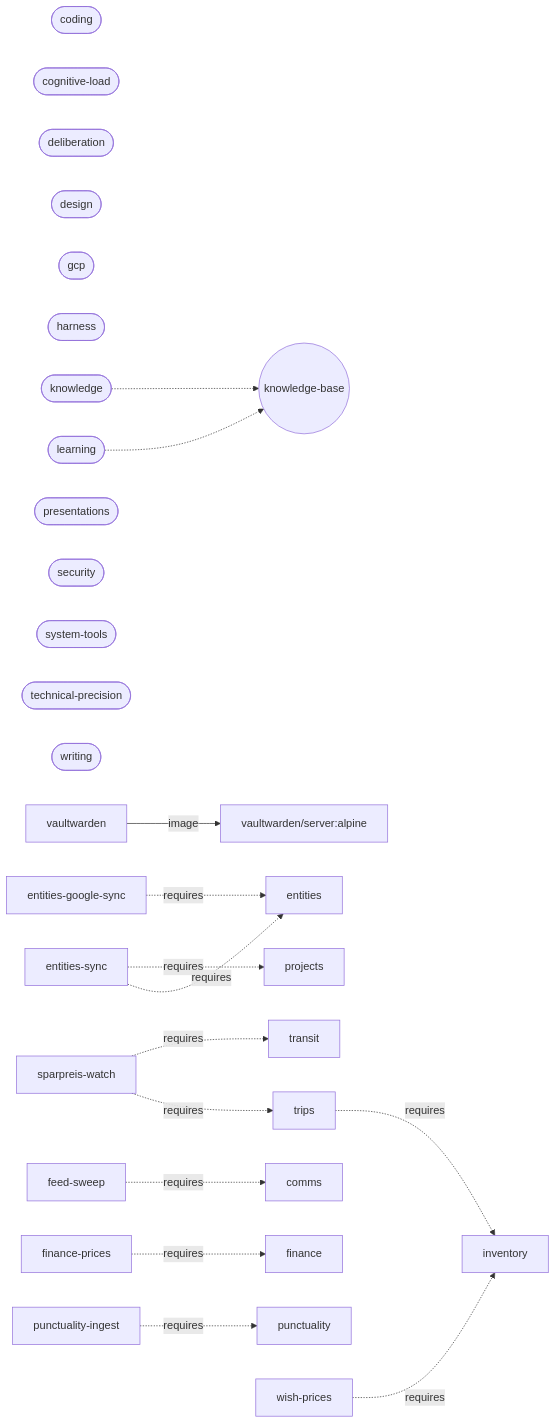
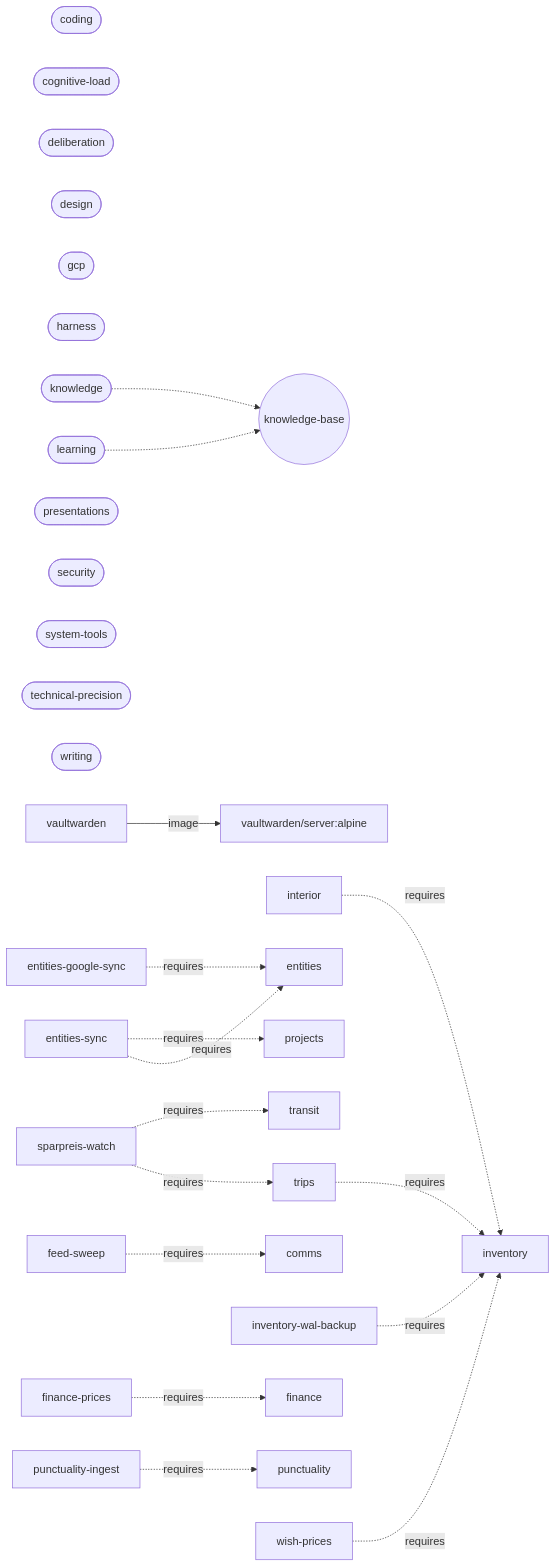
The diagram in ARCHITECTURE.md (larsboes/Sjel), drawn with Mermaid before and after one commit. The commit also changed other lines of this file and 123 other files, not shown here.

````diff
--- a/ARCHITECTURE.md
+++ b/ARCHITECTURE.md
@@ -166,29 +166,31 @@
 ```mermaid
 flowchart LR
   pack_coding(["coding"])
   pack_cognitive_load(["cognitive-load"])
   pack_deliberation(["deliberation"])
   pack_design(["design"])
   pack_gcp(["gcp"])
   pack_harness(["harness"])
   pack_knowledge(["knowledge"])
   pack_knowledge -.-> sys_knowledge_base(("knowledge-base"))
   pack_learning(["learning"])
   pack_learning -.-> sys_knowledge_base(("knowledge-base"))
   pack_presentations(["presentations"])
   pack_security(["security"])
   pack_system_tools(["system-tools"])
   pack_technical_precision(["technical-precision"])
   pack_writing(["writing"])
   cap_vaultwarden["vaultwarden"] -->|image| img_vaultwarden_server["vaultwarden/server:alpine"]
+  cap_interior["interior"] -.->|requires| cap_inventory["inventory"]
   cap_trips["trips"] -.->|requires| cap_inventory["inventory"]
   cap_entities_google_sync["entities-google-sync"] -.->|requires| cap_entities["entities"]
   cap_entities_sync["entities-sync"] -.->|requires| cap_projects["projects"]
   cap_entities_sync["entities-sync"] -.->|requires| cap_entities["entities"]
   cap_feed_sweep["feed-sweep"] -.->|requires| cap_comms["comms"]
   cap_finance_prices["finance-prices"] -.->|requires| cap_finance["finance"]
+  cap_inventory_wal_backup["inventory-wal-backup"] -.->|requires| cap_inventory["inventory"]
   cap_punctuality_ingest["punctuality-ingest"] -.->|requires| cap_punctuality["punctuality"]
   cap_sparpreis_watch["sparpreis-watch"] -.->|requires| cap_transit["transit"]
   cap_sparpreis_watch["sparpreis-watch"] -.->|requires| cap_trips["trips"]
   cap_wish_prices["wish-prices"] -.->|requires| cap_inventory["inventory"]
 ```
````
